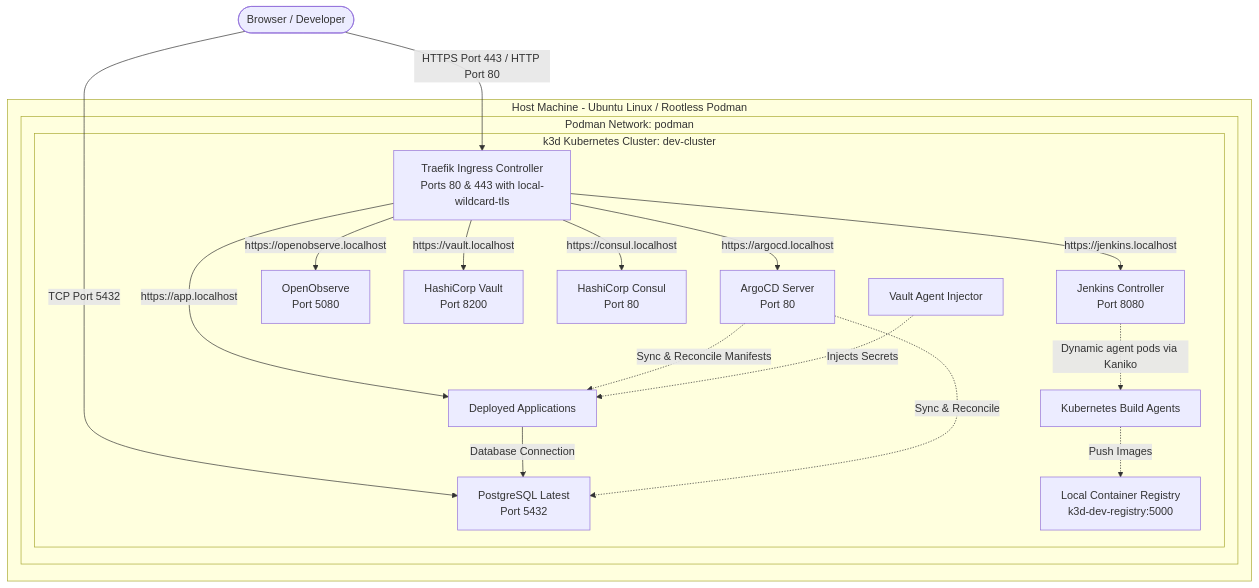
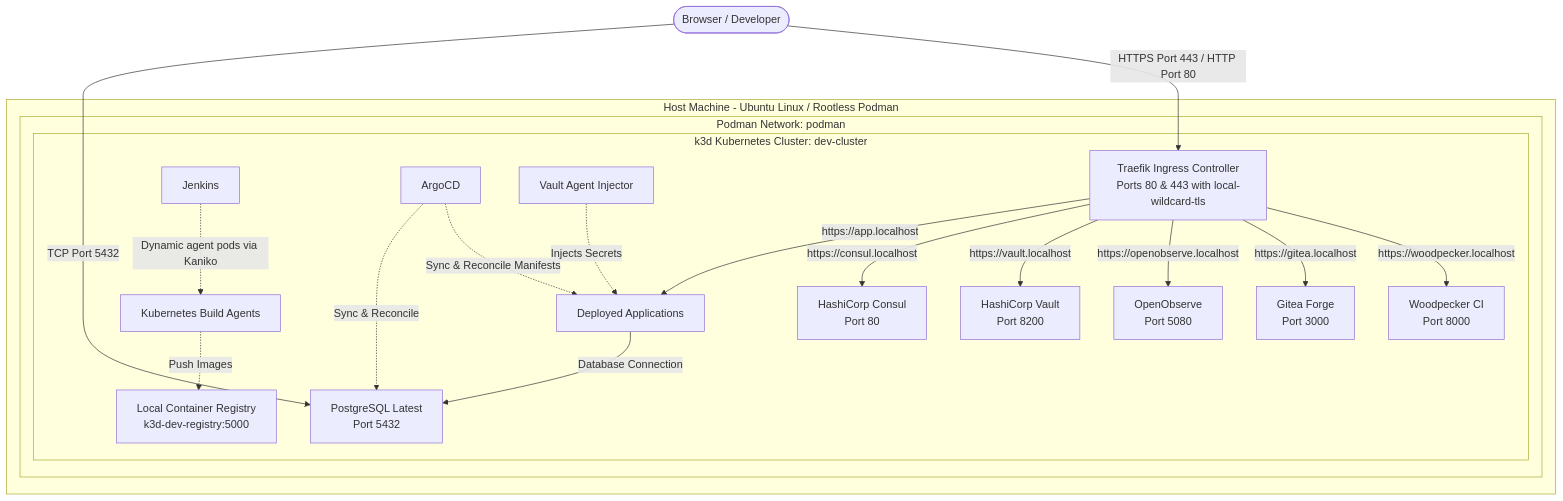
One commit to edmaputra/ed-devops changed the diagram in docs/SETUP_GUIDE.md. Above: the diagram before and after it, drawn with Mermaid. The commit also changed other lines of this file and 32 other files, not shown here.

First line of the commit message:
feat(ci): replace Jenkins and ArgoCD with Woodpecker CI and Gitea

````diff
--- a/docs/SETUP_GUIDE.md
+++ b/docs/SETUP_GUIDE.md
@@ -9,29 +9,29 @@
 ```mermaid
 graph TD
     User([Browser / Developer]) -->|HTTPS Port 443 / HTTP Port 80| Traefik[Traefik Ingress Controller<br/>Ports 80 & 443 with local-wildcard-tls]
     User -->|TCP Port 5432| Postgres[PostgreSQL Latest<br/>Port 5432]
     
     subgraph Host [Host Machine - Ubuntu Linux / Rootless Podman]
         subgraph PodmanNet [Podman Network: podman]
             Reg[Local Container Registry<br/>k3d-dev-registry:5000]
             
             subgraph K3sCluster [k3d Kubernetes Cluster: dev-cluster]
-                Traefik -->|https://jenkins.localhost| Jenkins[Jenkins Controller<br/>Port 8080]
-                Traefik -->|https://argocd.localhost| ArgoCD[ArgoCD Server<br/>Port 80]
+                Traefik -->|https://woodpecker.localhost| Woodpecker[Woodpecker CI<br/>Port 8000]
+                Traefik -->|https://gitea.localhost| Gitea[Gitea Forge<br/>Port 3000]
                 Traefik -->|https://openobserve.localhost| OpenObserve[OpenObserve<br/>Port 5080]
                 Traefik -->|https://vault.localhost| Vault[HashiCorp Vault<br/>Port 8200]
                 Traefik -->|https://consul.localhost| Consul[HashiCorp Consul<br/>Port 80]
                 Traefik -->|https://app.localhost| Apps[Deployed Applications]
                 
                 Apps -->|Database Connection| Postgres
                 
                 Jenkins -.->|Dynamic agent pods via Kaniko| K8sAgents[Kubernetes Build Agents]
                 K8sAgents -.->|Push Images| Reg
                 
                 ArgoCD -.->|Sync & Reconcile Manifests| Apps
                 ArgoCD -.->|Sync & Reconcile| Postgres
                 VaultInjector[Vault Agent Injector] -.->|Injects Secrets| Apps
             end
         end
     end
 ```
````
